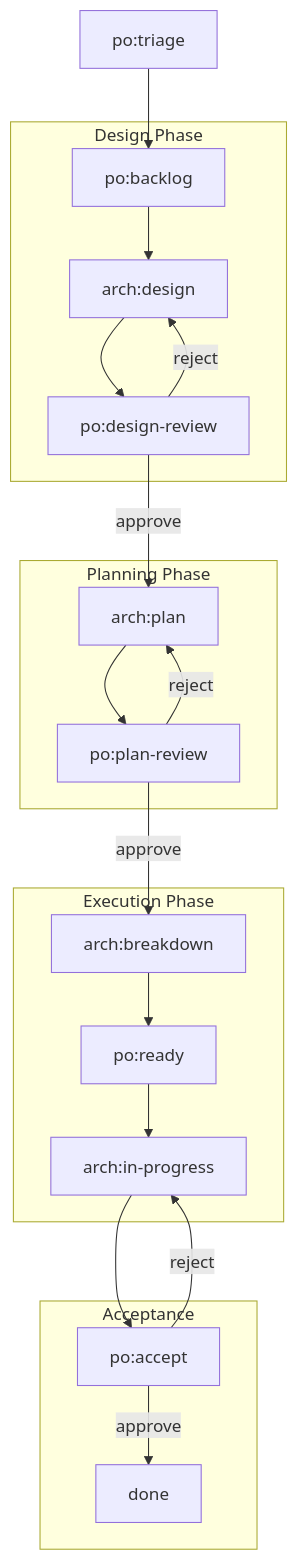
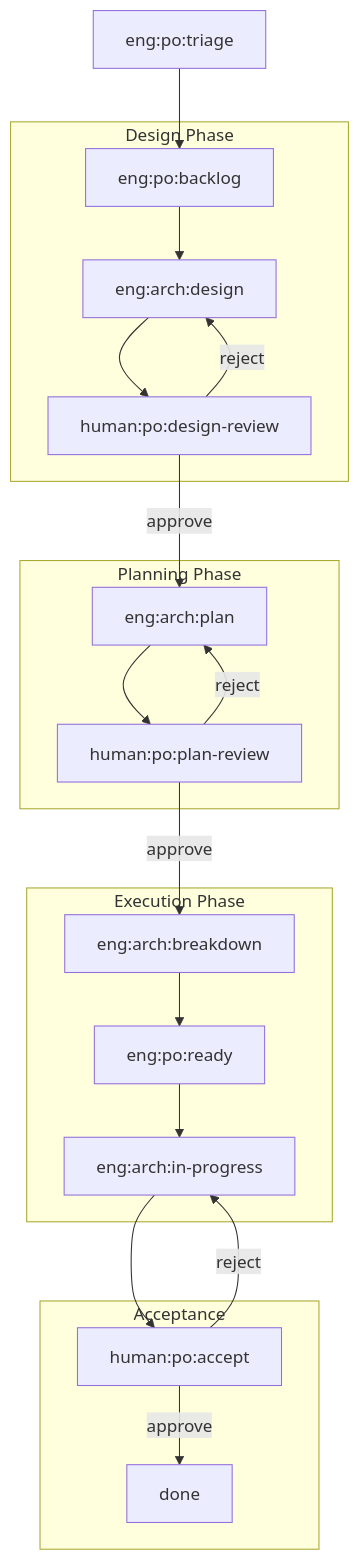
Before and after one commit to devguyio-bot-squad/botminter: the first of 2 diagrams in docs/content/concepts/profiles.md, drawn with Mermaid. The commit also changed other lines of this file and 14 other files, not shown here.

````diff
--- a/docs/content/concepts/profiles.md
+++ b/docs/content/concepts/profiles.md
@@ -186,28 +202,28 @@
 ```mermaid
 flowchart TD
-    triage["po:triage"] --> backlog["po:backlog"]
+    triage["eng:po:triage"] --> backlog["eng:po:backlog"]
 
     subgraph Design Phase
-        backlog --> design["arch:design"]
-        design --> dreview["po:design-review"]
+        backlog --> design["eng:arch:design"]
+        design --> dreview["human:po:design-review"]
         dreview -->|reject| design
     end
 
     subgraph Planning Phase
-        dreview -->|approve| plan["arch:plan"]
-        plan --> preview["po:plan-review"]
+        dreview -->|approve| plan["eng:arch:plan"]
+        plan --> preview["human:po:plan-review"]
         preview -->|reject| plan
     end
 
     subgraph Execution Phase
-        preview -->|approve| breakdown["arch:breakdown"]
-        breakdown --> ready["po:ready"]
-        ready --> inprog["arch:in-progress"]
+        preview -->|approve| breakdown["eng:arch:breakdown"]
+        breakdown --> ready["eng:po:ready"]
+        ready --> inprog["eng:arch:in-progress"]
     end
 
     subgraph Acceptance
-        inprog --> accept["po:accept"]
+        inprog --> accept["human:po:accept"]
         accept -->|reject| inprog
         accept -->|approve| done["done"]
     end
 ```
````
